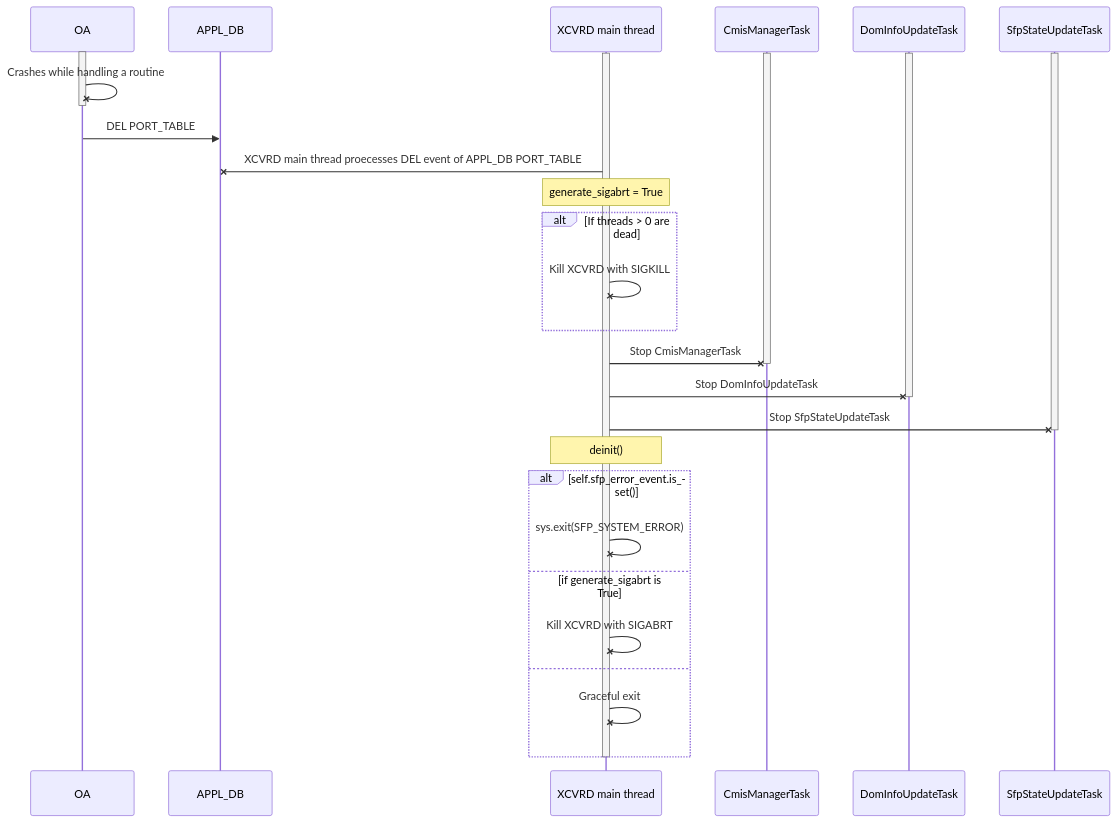
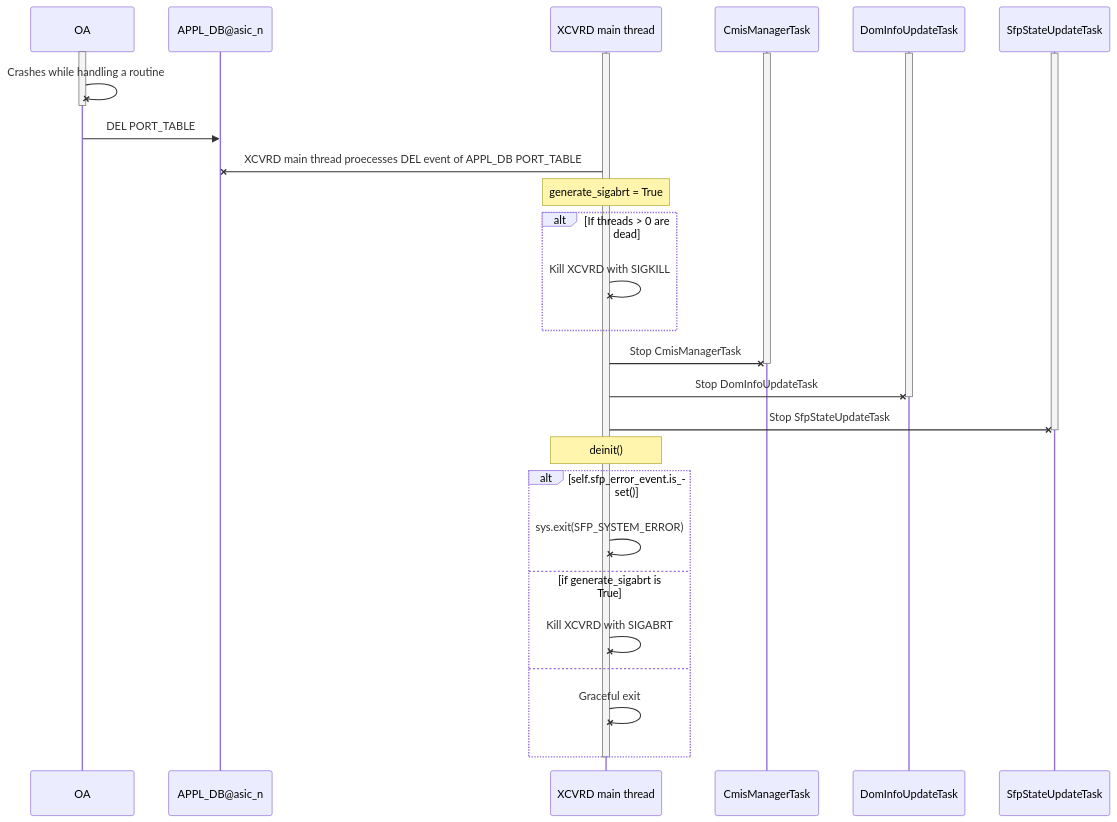
The fifth of 5 diagrams in doc/sfp-cmis/Interface-Link-bring-up-sequence.md (sonic-net/SONiC), drawn with Mermaid before and after one commit. The commit also changed other lines of this file, not shown here.

````diff
--- a/doc/sfp-cmis/Interface-Link-bring-up-sequence.md
+++ b/doc/sfp-cmis/Interface-Link-bring-up-sequence.md
@@ -370,40 +388,40 @@
 ```mermaid
 sequenceDiagram
     participant OA
-    participant APPL_DB
+    participant APPL_DB as APPL_DB@asic_n
     participant XCVRDMT as XCVRD main thread
     participant CmisManagerTask
     participant DomInfoUpdateTask
     participant SfpStateUpdateTask
 
     activate OA
     activate XCVRDMT
     activate CmisManagerTask
     activate DomInfoUpdateTask
     activate SfpStateUpdateTask
     OA -x OA: Crashes while handling a routine
     deactivate OA
     OA ->> APPL_DB : DEL PORT_TABLE
 
     XCVRDMT -x APPL_DB : XCVRD main thread proecesses DEL event of APPL_DB PORT_TABLE
     Note over XCVRDMT: generate_sigabrt = True
     alt If threads > 0 are dead
         XCVRDMT -x XCVRDMT : Kill XCVRD with SIGKILL
     end
     XCVRDMT -x CmisManagerTask : Stop CmisManagerTask
     deactivate CmisManagerTask
     XCVRDMT -x DomInfoUpdateTask : Stop DomInfoUpdateTask
     deactivate DomInfoUpdateTask
     XCVRDMT -x SfpStateUpdateTask : Stop SfpStateUpdateTask
     deactivate SfpStateUpdateTask
     Note over XCVRDMT : deinit()
     alt self.sfp_error_event.is_set()
         XCVRDMT -x XCVRDMT : sys.exit(SFP_SYSTEM_ERROR)
     else if generate_sigabrt is True
         XCVRDMT -x XCVRDMT : Kill XCVRD with SIGABRT
 
     else
         XCVRDMT -x XCVRDMT : Graceful exit
     end
     deactivate XCVRDMT
 ```
````
